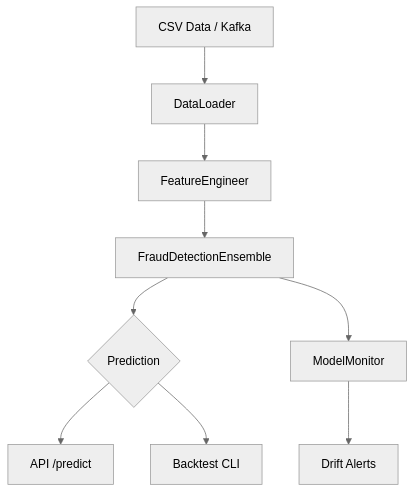
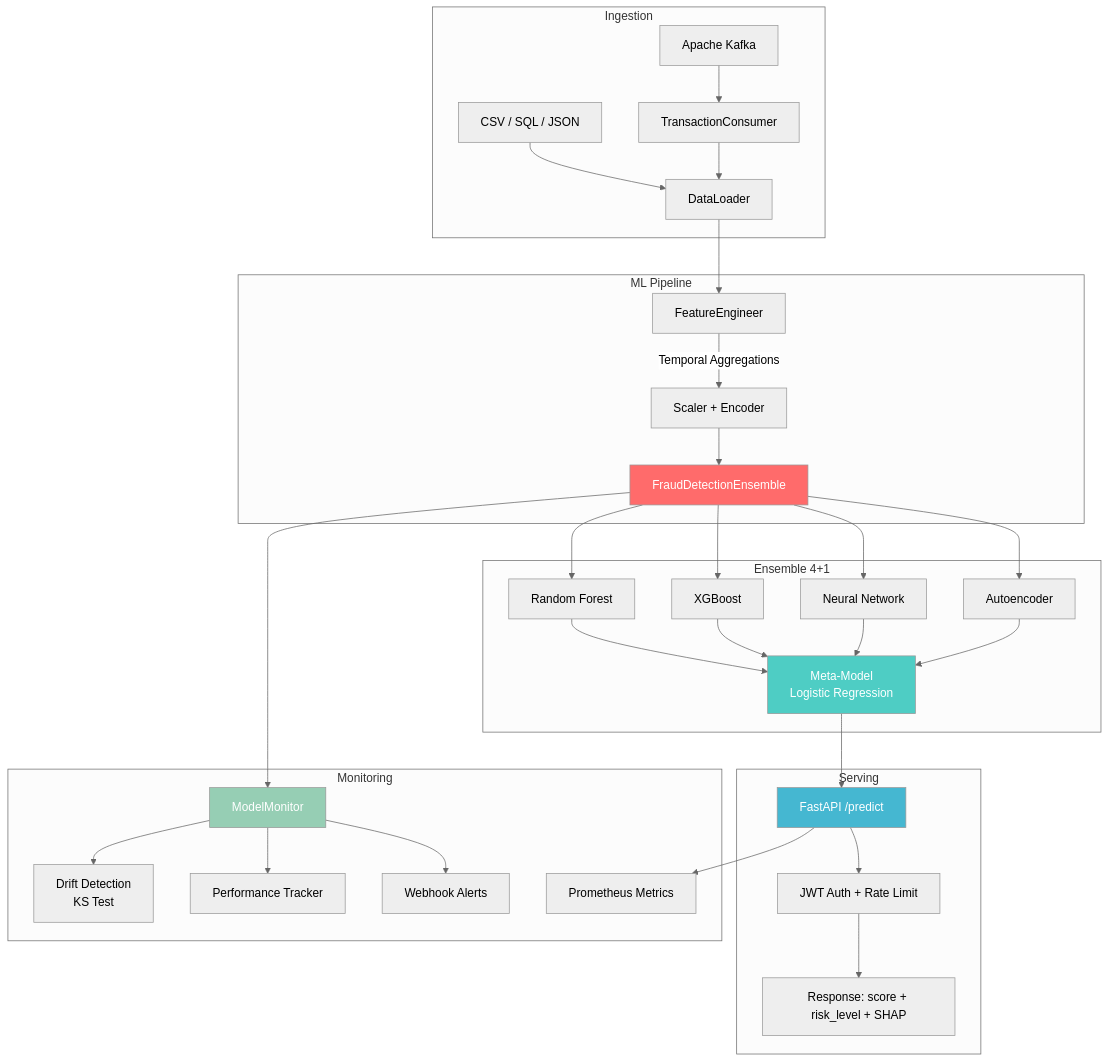
One commit to galafis/ai-financial-fraud-detection changed the third of 4 diagrams in README.md. Above: the diagram before and after it, drawn with Mermaid (neutral theme). The commit also changed other lines of this file and 5 other files, not shown here.

````diff
--- a/README.md
+++ b/README.md
@@ -203,11 +381,44 @@
 ```mermaid
 graph TD
-    A[CSV Data / Kafka] --> B[DataLoader]
-    B --> C[FeatureEngineer]
-    C --> D[FraudDetectionEnsemble]
-    D --> E{Prediction}
-    E --> F[API /predict]
-    E --> G[Backtest CLI]
-    D --> H[ModelMonitor]
-    H --> I[Drift Alerts]
+    subgraph Ingestion
+        A[CSV / SQL / JSON] --> B[DataLoader]
+        K[Apache Kafka] --> L[TransactionConsumer]
+        L --> B
+    end
+
+    subgraph ML Pipeline
+        B --> C[FeatureEngineer]
+        C -->|Temporal Aggregations| D[Scaler + Encoder]
+        D --> E[FraudDetectionEnsemble]
+    end
+
+    subgraph Ensemble 4+1
+        E --> F1[Random Forest]
+        E --> F2[XGBoost]
+        E --> F3[Neural Network]
+        E --> F4[Autoencoder]
+        F1 --> G[Meta-Model<br/>Logistic Regression]
+        F2 --> G
+        F3 --> G
+        F4 --> G
+    end
+
+    subgraph Serving
+        G --> H[FastAPI /predict]
+        H --> I[JWT Auth + Rate Limit]
+        I --> J[Response: score + risk_level + SHAP]
+    end
+
+    subgraph Monitoring
+        E --> M[ModelMonitor]
+        M --> N[Drift Detection<br/>KS Test]
+        M --> O[Performance Tracker]
+        M --> P[Webhook Alerts]
+        H --> Q[Prometheus Metrics]
+    end
+
+    style E fill:#ff6b6b,color:#fff
+    style G fill:#4ecdc4,color:#fff
+    style H fill:#45b7d1,color:#fff
+    style M fill:#96ceb4,color:#fff
 ```
````
